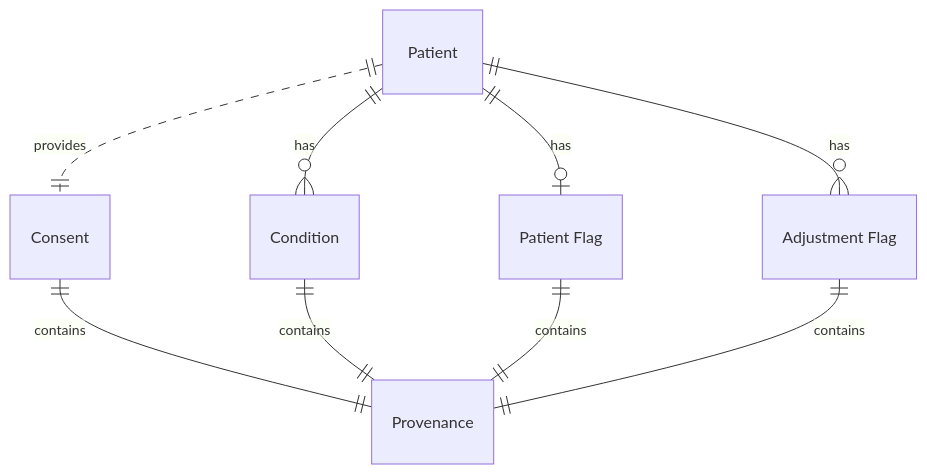
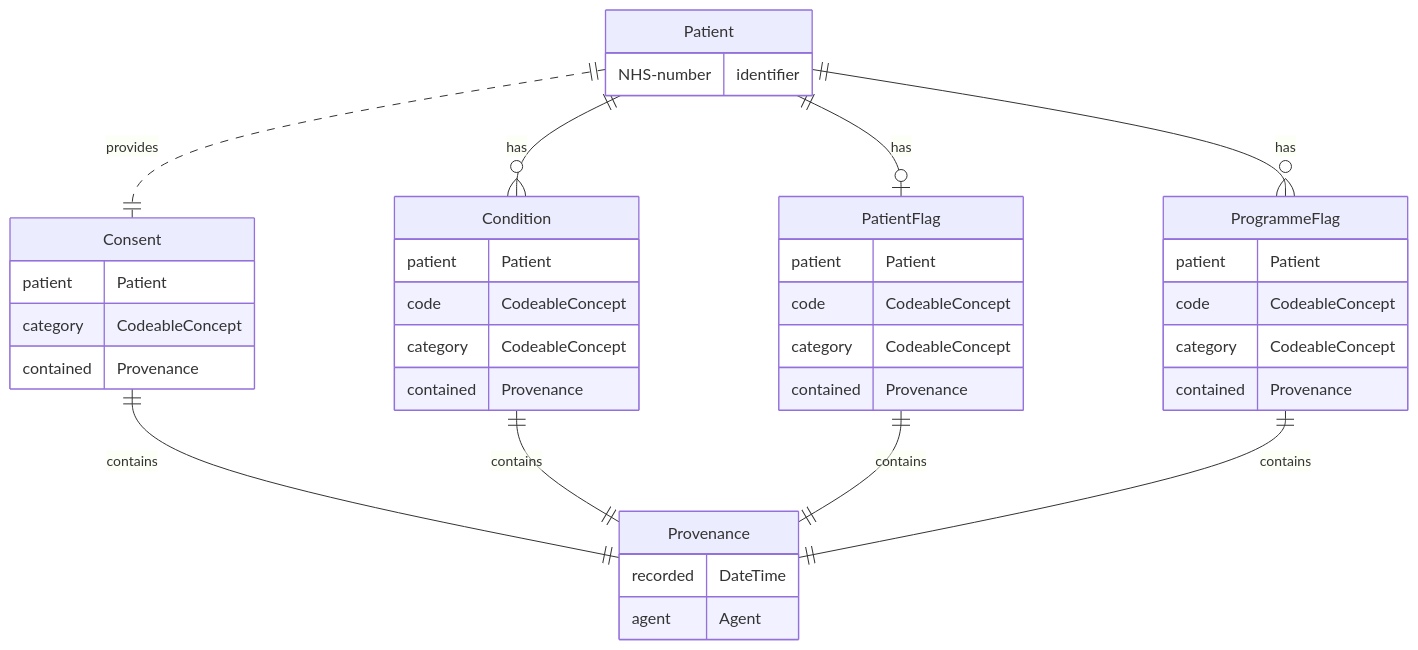
Before and after one commit to NHSDigital/ra-sandbox: the diagram in input/pagecontent/data-model.md, drawn with Mermaid. The commit also changed other lines of this file and 45 other files, not shown here.

Commit message:
added careconnect deps, tidy diagrams, include contact via yml

```diff
--- a/input/pagecontent/data-model.md
+++ b/input/pagecontent/data-model.md
@@ -11,13 +7,43 @@
 <div class="mermaid">
 erDiagram
+  Patient {
+    NHS-number identifier
+  }
+  Consent {
+    patient Patient
+    category CodeableConcept
+    contained Provenance
+  }
+  Condition {
+    patient Patient
+    code CodeableConcept
+    category CodeableConcept
+    contained Provenance
+  }
+  PatientFlag {
+    patient Patient
+    code CodeableConcept
+    category CodeableConcept
+    contained Provenance
+  }
+  ProgrammeFlag {
+    patient Patient
+    code CodeableConcept
+    category CodeableConcept
+    contained Provenance
+  }
+  Provenance {
+    recorded DateTime
+    agent Agent
+  }
 
   Patient ||..|| Consent : provides
   Patient ||--o{ Condition : has
-  Patient ||--o| "Patient Flag" : "has"
-  Patient ||--o{ "Adjustment Flag" : has
+  Patient ||--o| PatientFlag : has
+  Patient ||--o{ ProgrammeFlag : has
 
   Consent ||--|| Provenance : contains
   Condition ||--|| Provenance : contains
-  "Patient Flag" ||--|| Provenance : contains
-  "Adjustment Flag" ||--|| Provenance : contains
+  PatientFlag ||--|| Provenance : contains
+  ProgrammeFlag ||--|| Provenance : contains
 </div>
```
